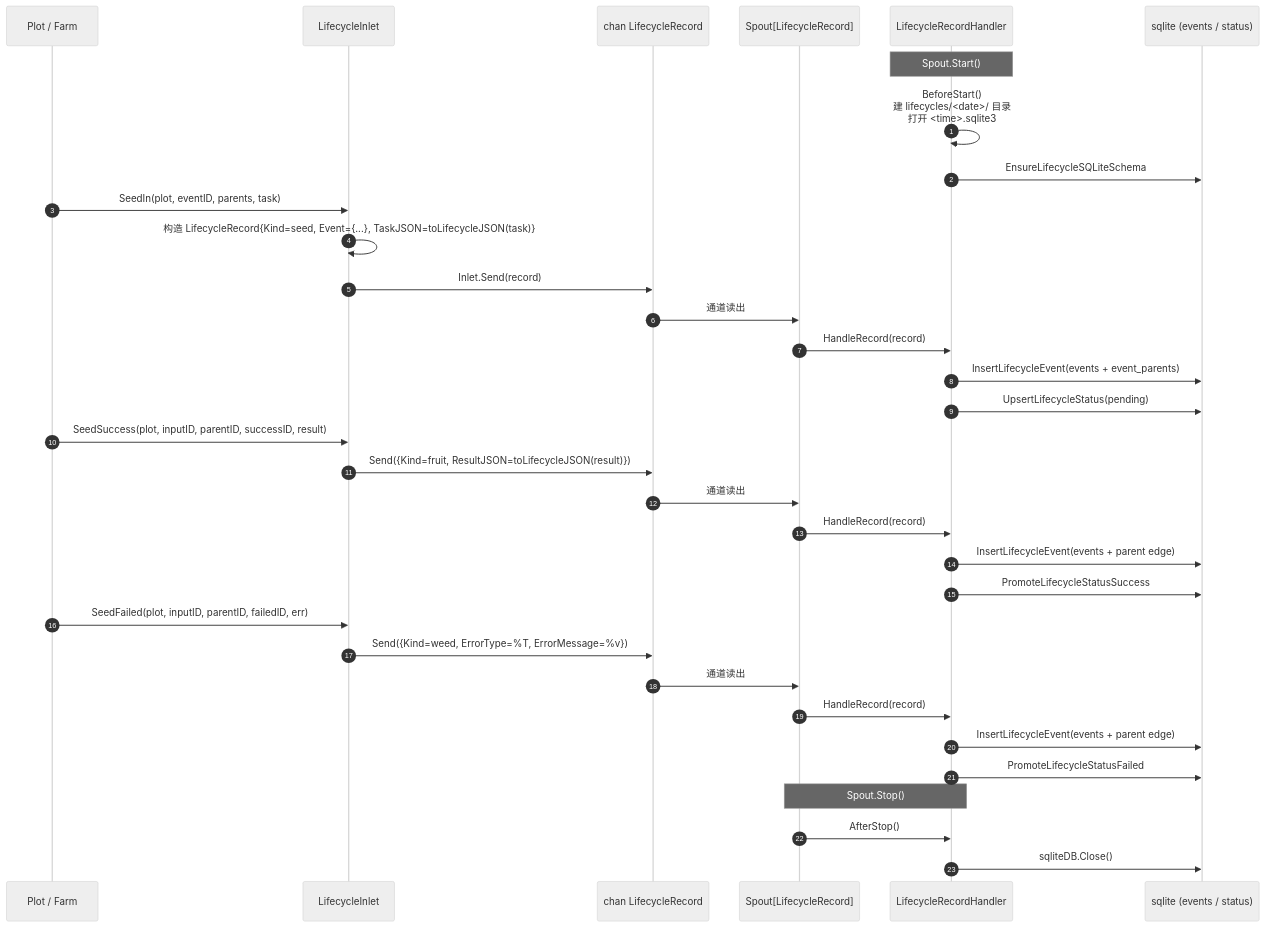
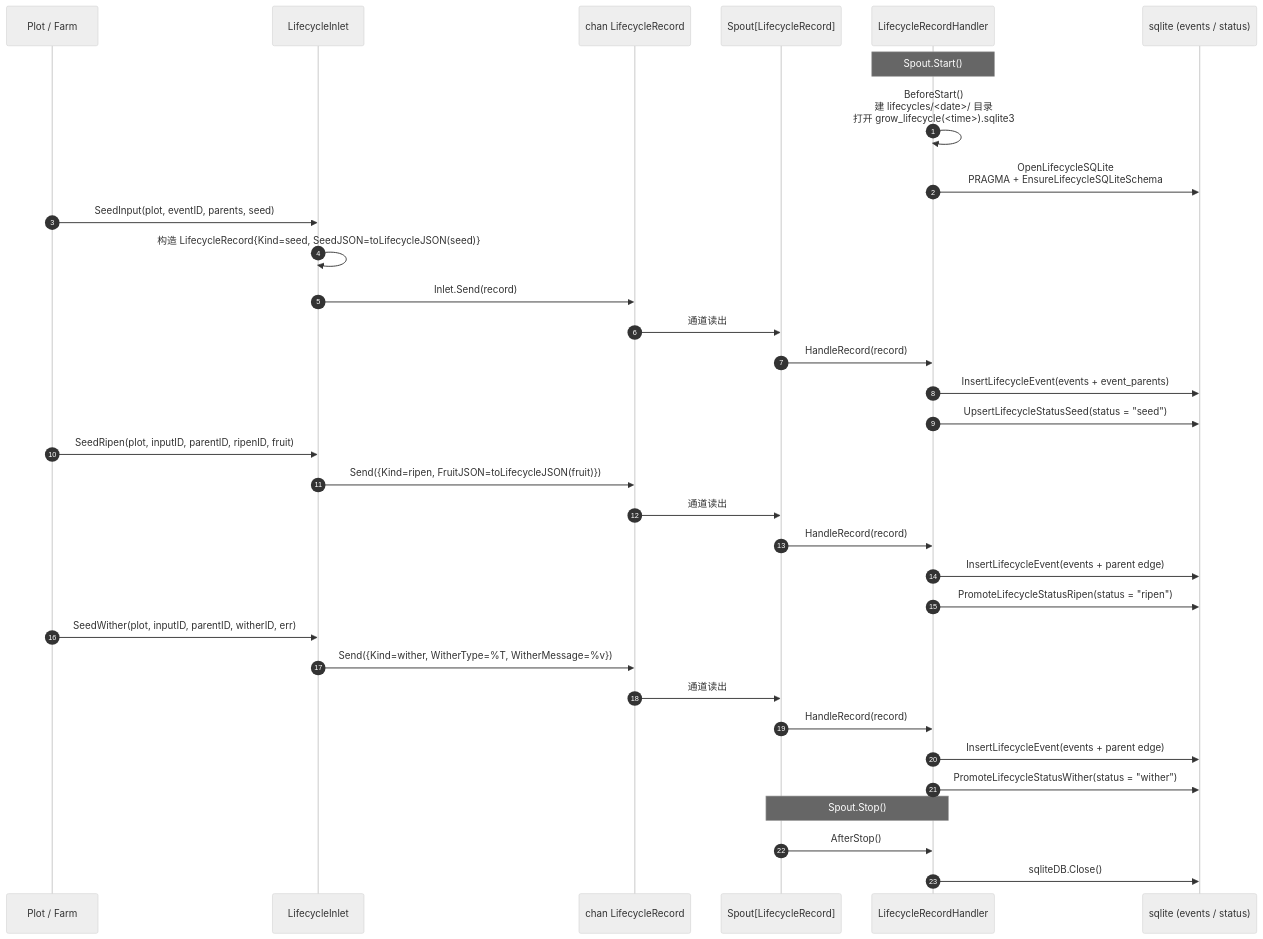
Before and after one commit to Mr-xiaotian/CelestialGrow: the diagram in docs/zh-CN/pkg/persist/lifecycle.md, drawn with Mermaid (neutral theme). The commit also changed other lines of this file and 34 other files, not shown here.

````diff
--- a/docs/zh-CN/pkg/persist/lifecycle.md
+++ b/docs/zh-CN/pkg/persist/lifecycle.md
@@ -90,40 +98,40 @@
 ```mermaid
 sequenceDiagram
     autonumber
     participant Caller as Plot / Farm
     participant Inlet as LifecycleInlet
     participant Ch as chan LifecycleRecord
     participant Spout as Spout[LifecycleRecord]
     participant Handler as LifecycleRecordHandler
     participant DB as sqlite (events / status)
 
     Note over Handler: Spout.Start()
-    Handler->>Handler: BeforeStart()<br/>建 lifecycles/<date>/ 目录<br/>打开 <time>.sqlite3
-    Handler->>DB: EnsureLifecycleSQLiteSchema
+    Handler->>Handler: BeforeStart()<br/>建 lifecycles/<date>/ 目录<br/>打开 grow_lifecycle(<time>).sqlite3
+    Handler->>DB: OpenLifecycleSQLite<br/>PRAGMA + EnsureLifecycleSQLiteSchema
 
-    Caller->>Inlet: SeedIn(plot, eventID, parents, task)
-    Inlet->>Inlet: 构造 LifecycleRecord{Kind=seed, Event={...}, TaskJSON=toLifecycleJSON(task)}
+    Caller->>Inlet: SeedInput(plot, eventID, parents, seed)
+    Inlet->>Inlet: 构造 LifecycleRecord{Kind=seed, SeedJSON=toLifecycleJSON(seed)}
     Inlet->>Ch: Inlet.Send(record)
     Ch->>Spout: 通道读出
     Spout->>Handler: HandleRecord(record)
     Handler->>DB: InsertLifecycleEvent(events + event_parents)
-    Handler->>DB: UpsertLifecycleStatus(pending)
+    Handler->>DB: UpsertLifecycleStatusSeed(status = "seed")
 
-    Caller->>Inlet: SeedSuccess(plot, inputID, parentID, successID, result)
-    Inlet->>Ch: Send({Kind=fruit, ResultJSON=toLifecycleJSON(result)})
+    Caller->>Inlet: SeedRipen(plot, inputID, parentID, ripenID, fruit)
+    Inlet->>Ch: Send({Kind=ripen, FruitJSON=toLifecycleJSON(fruit)})
     Ch->>Spout: 通道读出
     Spout->>Handler: HandleRecord(record)
     Handler->>DB: InsertLifecycleEvent(events + parent edge)
-    Handler->>DB: PromoteLifecycleStatusSuccess
+    Handler->>DB: PromoteLifecycleStatusRipen(status = "ripen")
 
-    Caller->>Inlet: SeedFailed(plot, inputID, parentID, failedID, err)
-    Inlet->>Ch: Send({Kind=weed, ErrorType=%T, ErrorMessage=%v})
+    Caller->>Inlet: SeedWither(plot, inputID, parentID, witherID, err)
+    Inlet->>Ch: Send({Kind=wither, WitherType=%T, WitherMessage=%v})
     Ch->>Spout: 通道读出
     Spout->>Handler: HandleRecord(record)
     Handler->>DB: InsertLifecycleEvent(events + parent edge)
-    Handler->>DB: PromoteLifecycleStatusFailed
+    Handler->>DB: PromoteLifecycleStatusWither(status = "wither")
 
     Note over Spout,Handler: Spout.Stop()
     Spout->>Handler: AfterStop()
     Handler->>DB: sqliteDB.Close()
 ```
````
